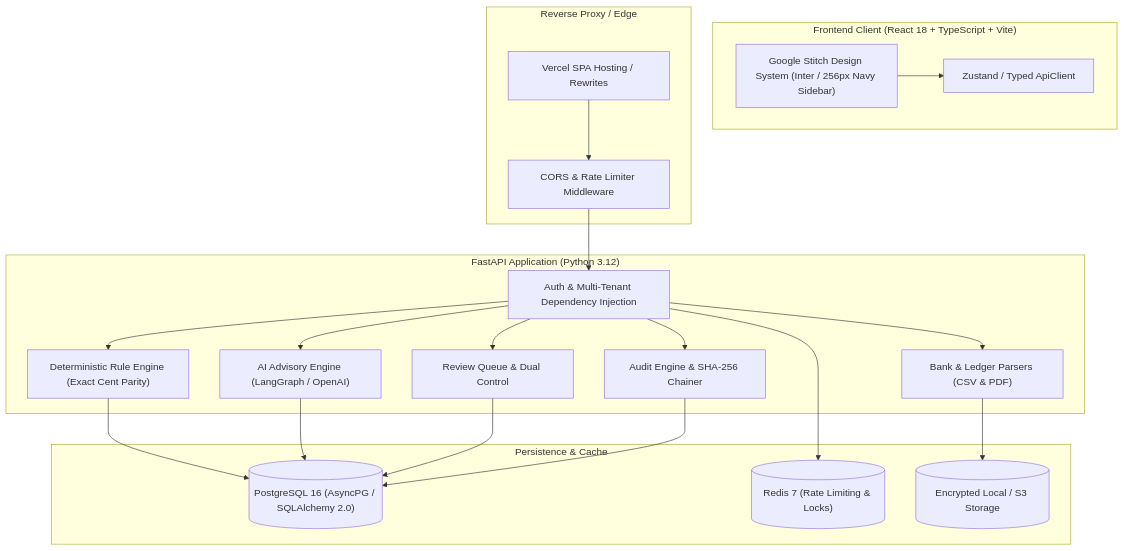
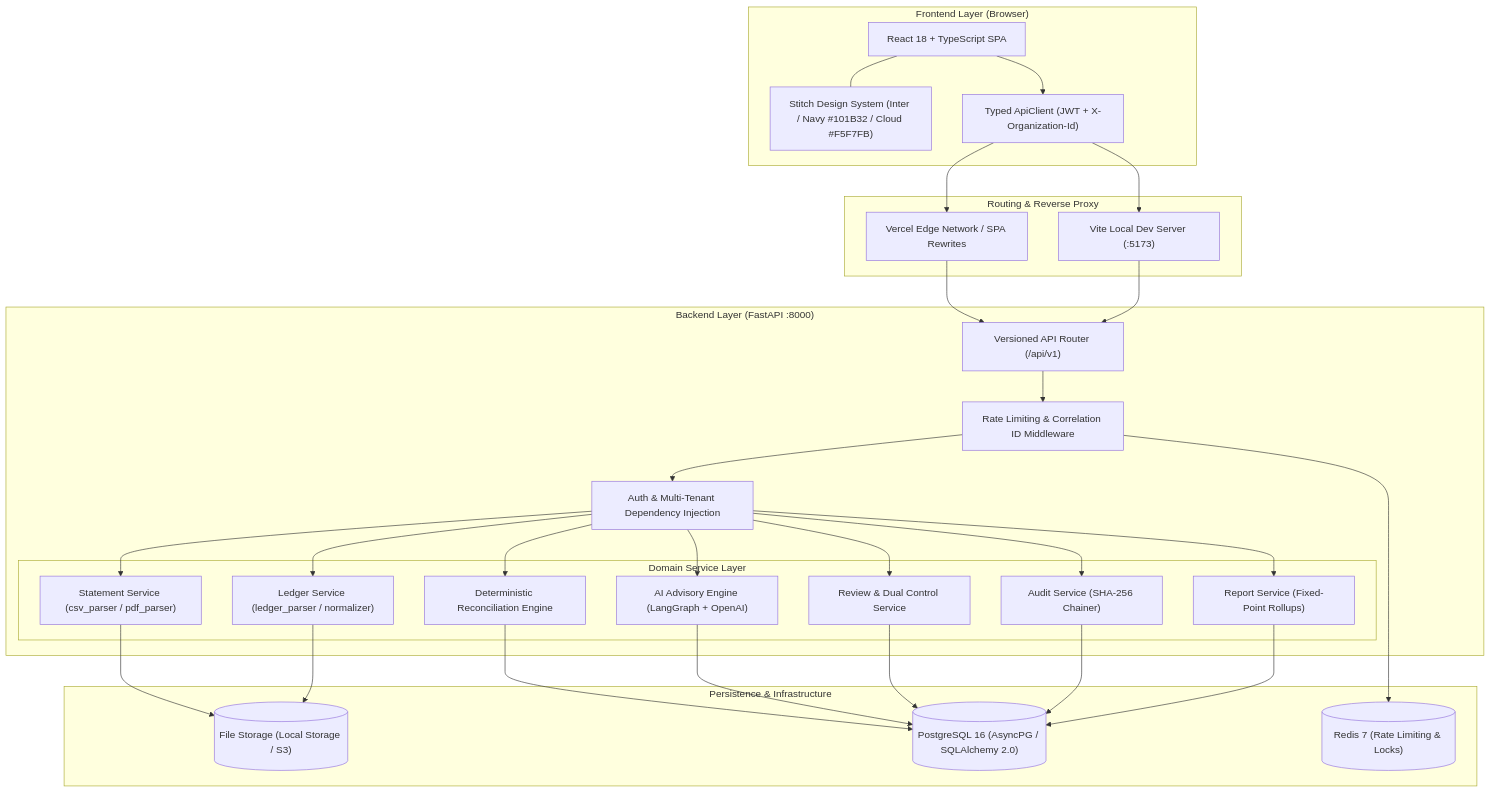
The first of 6 diagrams in README.md (Surendra571/FinBridge), drawn with Mermaid before and after one commit. The commit also changed other lines of this file, not shown here.

Commit message:
docs: add comprehensive engineering and architecture README.md

````diff
--- a/README.md
+++ b/README.md
@@ -52,43 +142,60 @@
 ```mermaid
 flowchart TD
-    subgraph Client ["Frontend Client (React 18 + TypeScript + Vite)"]
-        UI["Google Stitch Design System (Inter / 256px Navy Sidebar)"]
-        State["Zustand / Typed ApiClient"]
-        UI --> State
+    subgraph Client ["Frontend Layer (Browser)"]
+        UI["React 18 + TypeScript SPA"]
+        Stitch["Stitch Design System (Inter / Navy #101B32 / Cloud #F5F7FB)"]
+        APIClient["Typed ApiClient (JWT + X-Organization-Id)"]
+        UI --- Stitch
+        UI --> APIClient
     end
 
-    subgraph Gateway ["Reverse Proxy / Edge"]
-        Vercel["Vercel SPA Hosting / Rewrites"]
-        CORS["CORS & Rate Limiter Middleware"]
-        Vercel --> CORS
+    subgraph Edge ["Routing & Reverse Proxy"]
+        Vercel["Vercel Edge Network / SPA Rewrites"]
+        ViteDev["Vite Local Dev Server (:5173)"]
     end
 
-    subgraph Backend ["FastAPI Application (Python 3.12)"]
-        Auth["Auth & Multi-Tenant Dependency Injection"]
-        Ingest["Bank & Ledger Parsers (CSV & PDF)"]
-        RuleEng["Deterministic Rule Engine (Exact Cent Parity)"]
-        AIEng["AI Advisory Engine (LangGraph / OpenAI)"]
-        ReviewEng["Review Queue & Dual Control"]
-        AuditEng["Audit Engine & SHA-256 Chainer"]
+    subgraph BackendApp ["Backend Layer (FastAPI :8000)"]
+        Router["Versioned API Router (/api/v1)"]
+        AuthDep["Auth & Multi-Tenant Dependency Injection"]
+        RateLimit["Rate Limiting & Correlation ID Middleware"]
+        
+        subgraph Services ["Domain Service Layer"]
+            StmtSvc["Statement Service (csv_parser / pdf_parser)"]
+            LdgSvc["Ledger Service (ledger_parser / normalizer)"]
+            RecEng["Deterministic Reconciliation Engine"]
+            AISvc["AI Advisory Engine (LangGraph + OpenAI)"]
+            RevSvc["Review & Dual Control Service"]
+            AudSvc["Audit Service (SHA-256 Chainer)"]
+            RepSvc["Report Service (Fixed-Point Rollups)"]
+        end
 
-        CORS --> Auth
-        Auth --> Ingest
-        Auth --> RuleEng
-        Auth --> AIEng
-        Auth --> ReviewEng
-        Auth --> AuditEng
+        Router --> RateLimit --> AuthDep
+        AuthDep --> StmtSvc
+        AuthDep --> LdgSvc
+        AuthDep --> RecEng
+        AuthDep --> AISvc
+        AuthDep --> RevSvc
+        AuthDep --> AudSvc
+        AuthDep --> RepSvc
     end
 
-    subgraph DataTier ["Persistence & Cache"]
-        PG[("PostgreSQL 16 (AsyncPG / SQLAlchemy 2.0)")]
-        Redis[("Redis 7 (Rate Limiting & Locks)")]
-        Storage[("Encrypted Local / S3 Storage")]
+    subgraph StorageTier ["Persistence & Infrastructure"]
+        DB[("PostgreSQL 16 (AsyncPG / SQLAlchemy 2.0)")]
+        RedisDB[("Redis 7 (Rate Limiting & Locks)")]
+        FileStore[("File Storage (Local Storage / S3)")]
 
-        Ingest --> Storage
-        RuleEng --> PG
-        AIEng --> PG
-        ReviewEng --> PG
-        AuditEng --> PG
-        Auth --> Redis
+        StmtSvc --> FileStore
+        LdgSvc --> FileStore
+        RecEng --> DB
+        AISvc --> DB
+        RevSvc --> DB
+        AudSvc --> DB
+        RepSvc --> DB
+        RateLimit --> RedisDB
     end
+
+    APIClient --> Vercel
+    APIClient --> ViteDev
+    Vercel --> Router
+    ViteDev --> Router
 ```
````
